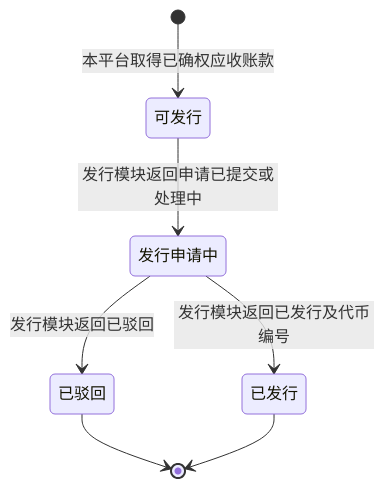
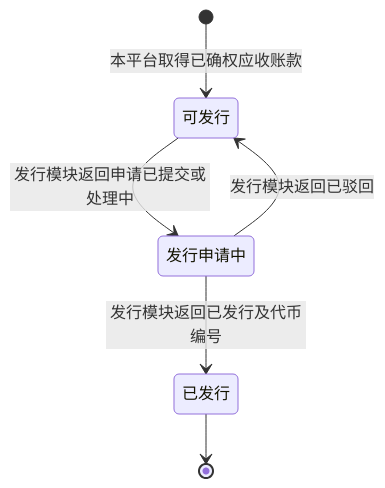
The second of 6 diagrams in token-issuance-platform/PRD/两端共用/M2-可信资产/02-可信资产-流程图与状态机.md (wxblockchain/Chain-Financing), drawn with Mermaid before and after one commit. The commit also changed other lines of this file and 9 other files, not shown here.

````diff
--- a/token-issuance-platform/PRD/两端共用/M2-可信资产/02-可信资产-流程图与状态机.md
+++ b/token-issuance-platform/PRD/两端共用/M2-可信资产/02-可信资产-流程图与状态机.md
@@ -40,14 +40,12 @@
 ```mermaid
 stateDiagram-v2
     state "可发行" as S1
     state "发行申请中" as S2
-    state "已驳回" as S3
     state "已发行" as S4
 
     [*] --> S1: 本平台取得已确权应收账款
     S1 --> S2: 发行模块返回申请已提交或处理中
-    S2 --> S3: 发行模块返回已驳回
+    S2 --> S1: 发行模块返回已驳回
     S2 --> S4: 发行模块返回已发行及代币编号
-    S3 --> [*]
     S4 --> [*]
 ```
````
